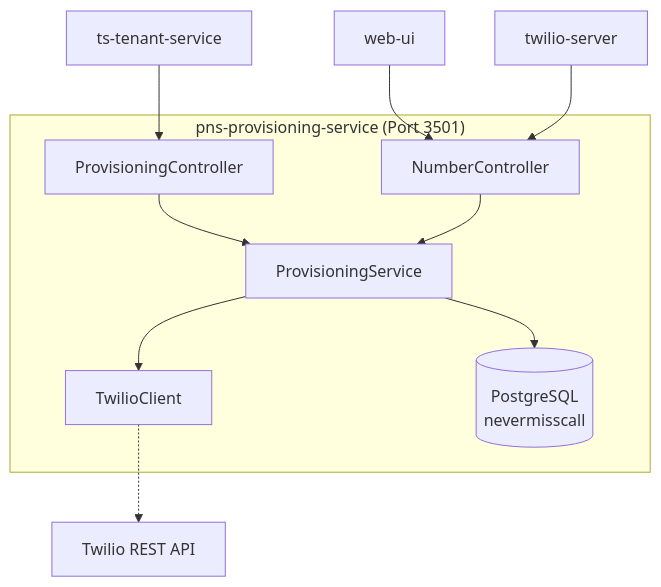
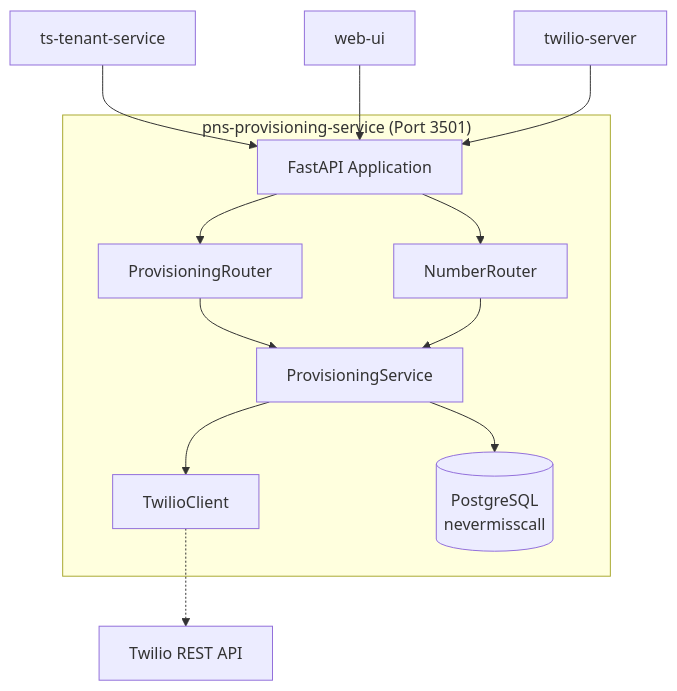
The diagram in docs/services/phase-1/pns-provisioning-service.md (kyoungd/nevermisscall), drawn with Mermaid before and after one commit. The commit also changed other lines of this file and 39 other files, not shown here.

````diff
--- a/docs/services/phase-1/pns-provisioning-service.md
+++ b/docs/services/phase-1/pns-provisioning-service.md
@@ -37,20 +37,23 @@
 ```mermaid
 graph TB
     subgraph "pns-provisioning-service (Port 3501)"
-        ProvisioningController[ProvisioningController]
-        NumberController[NumberController]
+        FastAPIApp[FastAPI Application]
+        ProvisioningRouter[ProvisioningRouter]
+        NumberRouter[NumberRouter]
         ProvisioningService[ProvisioningService]
         TwilioClient[TwilioClient]
         Database[(PostgreSQL<br/>nevermisscall)]
     end
     
-    TSTenant[ts-tenant-service] --> ProvisioningController
-    WebUI[web-ui] --> NumberController
-    TwilioServer[twilio-server] --> NumberController
+    TSTenant[ts-tenant-service] --> FastAPIApp
+    WebUI[web-ui] --> FastAPIApp
+    TwilioServer[twilio-server] --> FastAPIApp
     
-    ProvisioningController --> ProvisioningService
-    NumberController --> ProvisioningService
+    FastAPIApp --> ProvisioningRouter
+    FastAPIApp --> NumberRouter
+    ProvisioningRouter --> ProvisioningService
+    NumberRouter --> ProvisioningService
     ProvisioningService --> TwilioClient
     ProvisioningService --> Database
     TwilioClient -.-> TwilioAPI[Twilio REST API]
 ```
````
